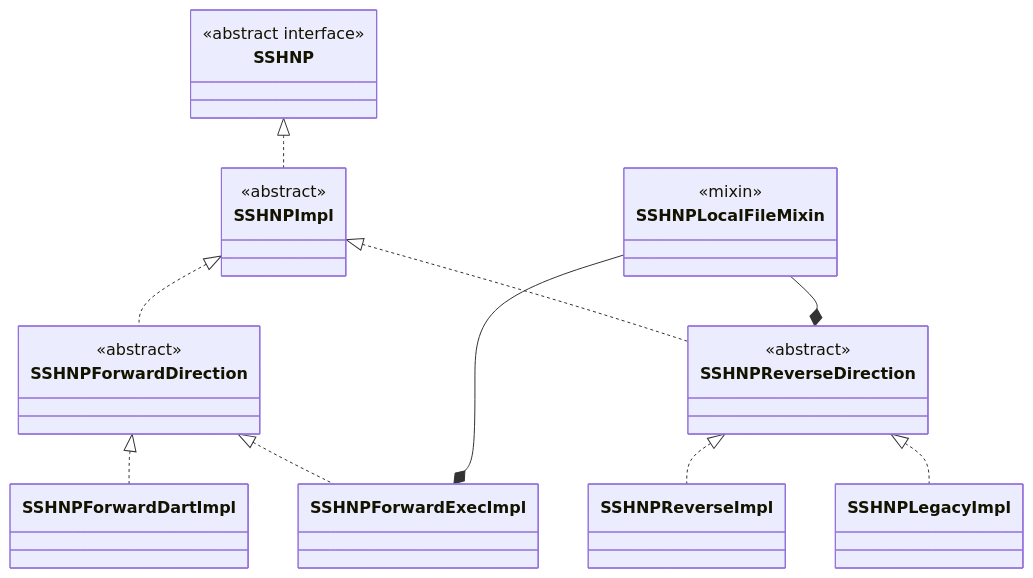
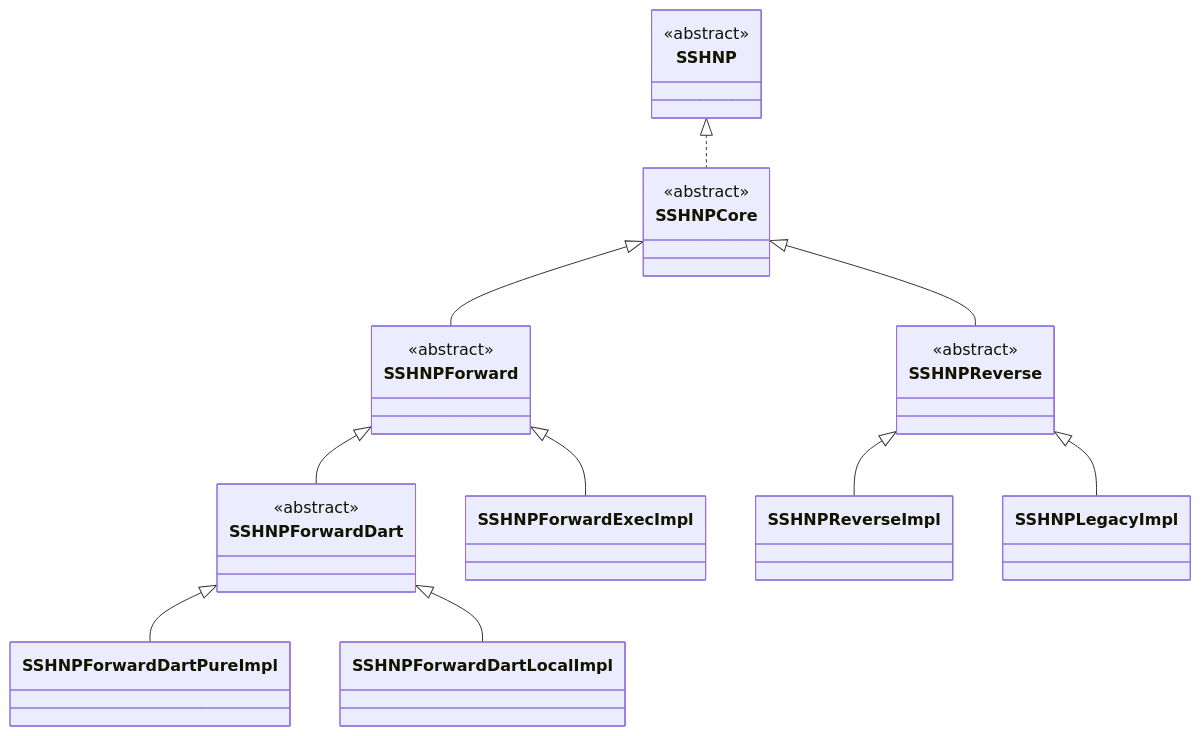
Before and after one commit to atsign-foundation/noports: the first of 5 diagrams in packages/noports_core/docs/sshnp_class_diagrams.md, drawn with Mermaid. The commit also changed other lines of this file, not shown here.

Commit message:
docs: update diagrams

````diff
--- a/packages/noports_core/docs/sshnp_class_diagrams.md
+++ b/packages/noports_core/docs/sshnp_class_diagrams.md
@@ -5,32 +14,40 @@
 ```mermaid
 classDiagram
-  SSHNP <|.. SSHNPImpl
-
-  SSHNPImpl <|.. SSHNPForwardDirection
-  SSHNPImpl <|.. SSHNPReverseDirection
-
-  SSHNPForwardDirection <|.. SSHNPForwardDartImpl
-  SSHNPForwardDirection <|.. SSHNPForwardExecImpl
-
-  SSHNPReverseDirection <|.. SSHNPReverseImpl
-  SSHNPReverseDirection <|.. SSHNPLegacyImpl
-
-  SSHNPLocalFileMixin --* SSHNPReverseDirection
-  SSHNPLocalFileMixin --* SSHNPForwardExecImpl
-
-  class SSHNP{
-    <<abstract interface>>
-  }
-  class SSHNPImpl{
+  class SSHNP {
     <<abstract>>
   }
-  class SSHNPForwardDirection{
+
+  class SSHNPCore {
     <<abstract>>
   }
-  class SSHNPReverseDirection{
+
+  class SSHNPForward {
     <<abstract>>
   }
-  class SSHNPLocalFileMixin{
-    <<mixin>>
+
+  class SSHNPForwardDart {
+    <<abstract>>
   }
+
+  class SSHNPForwardDartPureImpl
+  class SSHNPForwardDartLocalImpl
+  class SSHNPForwardExecImpl
+
+  class SSHNPReverse {
+    <<abstract>>
+  }
+
+  class SSHNPReverseImpl
+  class SSHNPLegacyImpl
+
+
+  SSHNP <|.. SSHNPCore
+  SSHNPCore <|-- SSHNPForward
+  SSHNPForward <|-- SSHNPForwardDart
+  SSHNPForwardDart <|-- SSHNPForwardDartPureImpl
+  SSHNPForwardDart <|-- SSHNPForwardDartLocalImpl
+  SSHNPForward <|-- SSHNPForwardExecImpl
+  SSHNPCore <|-- SSHNPReverse
+  SSHNPReverse <|-- SSHNPReverseImpl
+  SSHNPReverse <|-- SSHNPLegacyImpl
 ```
````
